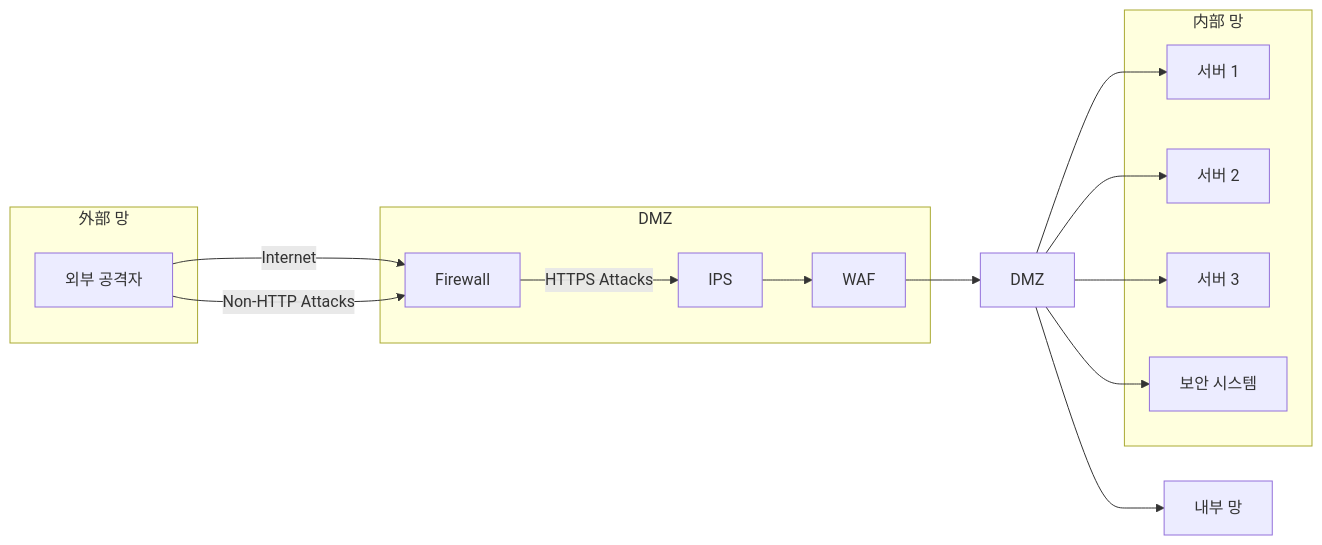
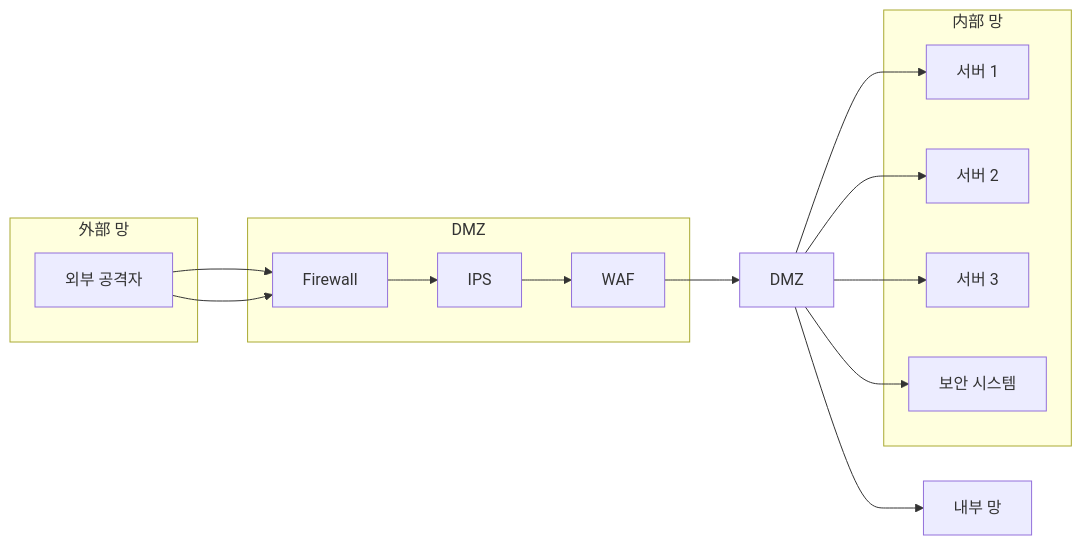
Before and after one commit to qubitsec/plura: the diagram in philosophy/ko/why-PLURA-XDR.md, drawn with Mermaid.

````diff
--- a/philosophy/ko/why-PLURA-XDR.md
+++ b/philosophy/ko/why-PLURA-XDR.md
@@ -23,31 +23,31 @@
 ```mermaid
 flowchart LR
-    외부공격자[외부 공격자] -->|Internet| Firewall
-    외부공격자 -->|Non-HTTP Attacks| Firewall
-    Firewall -->|HTTPS Attacks| IPS
+    외부공격자[외부 공격자] -->Firewall
+    외부공격자 -->Firewall
+    Firewall --> IPS
     IPS --> WAF
     WAF --> DMZ[DMZ]
     DMZ --> 내부망[내부 망]
     
     subgraph 외부망[外部 망]
         외부공격자
     end
     
     subgraph DMZ구역[DMZ]
         Firewall
         IPS
         WAF
     end
     
     subgraph 내부망구역[内部 망]
         내부서버1[서버 1]
         내부서버2[서버 2]
         내부서버3[서버 3]
         내부보안[보안 시스템]
     end
     
     DMZ --> 내부서버1
     DMZ --> 내부서버2
     DMZ --> 내부서버3
     DMZ --> 내부보안
 ```
````
